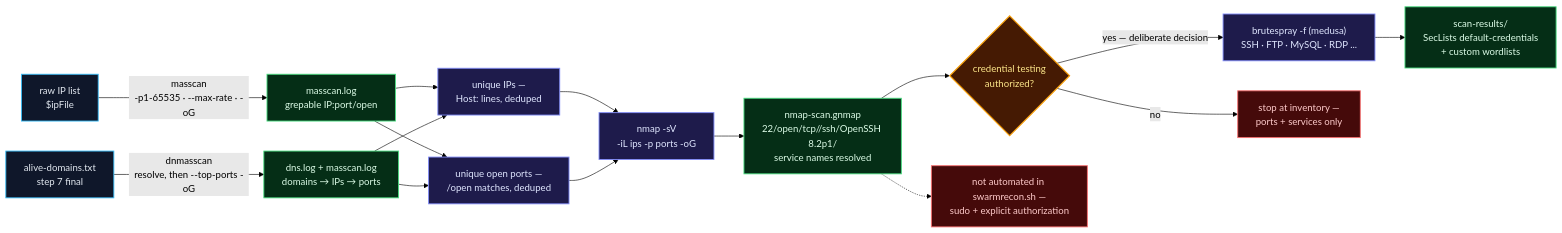
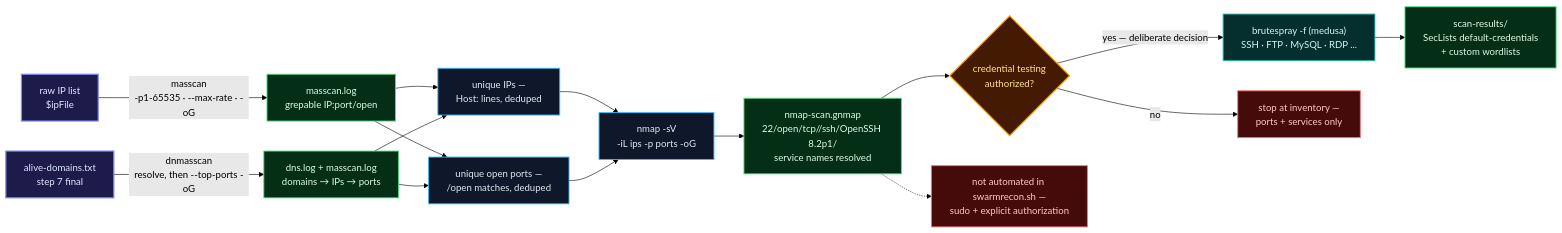
One commit to manojxshrestha/swarmrecon changed the first of 3 diagrams in README.md. Above: the diagram before and after it, drawn with Mermaid (forest theme). The commit also changed other lines of this file and 1 other file, not shown here.

Commit message:
fix: pre-guard rm for wappalyzer -oJ; docs: accurate fresh-run hygiene note, port-diagram palette + nmap-scan.gnmap

````diff
--- a/README.md
+++ b/README.md
@@ -171,31 +171,32 @@
 ```mermaid
 flowchart LR
-    classDef src fill:#0f172a,stroke:#38bdf8,stroke-width:1.5px,color:#e2e8f0
-    classDef tool fill:#1e1b4b,stroke:#818cf8,stroke-width:1.5px,color:#e0e7ff
+    classDef entry fill:#1e1b4b,stroke:#818cf8,stroke-width:2px,color:#e0e7ff
+    classDef phase fill:#0f172a,stroke:#38bdf8,stroke-width:1.5px,color:#e2e8f0
+    classDef decision fill:#451a03,stroke:#f59e0b,stroke-width:2px,color:#fde68a
+    classDef manual fill:#042f2e,stroke:#2dd4bf,stroke-width:1.5px,color:#ccfbf1
     classDef artifact fill:#052e16,stroke:#4ade80,stroke-width:1.5px,color:#dcfce7
-    classDef decision fill:#451a03,stroke:#f59e0b,stroke-width:2px,color:#fde68a
     classDef halt fill:#450a0a,stroke:#f87171,stroke-width:1.5px,color:#fecaca
 
-    IP["raw IP list<br/>$ipFile"]:::src
-    DOM["alive-domains.txt<br/>step 7 final"]:::src
+    IP["raw IP list<br/>$ipFile"]:::entry
+    DOM["alive-domains.txt<br/>step 7 final"]:::entry
 
     IP -->|"masscan<br/>-p1-65535 · --max-rate · -oG"| MS["masscan.log<br/>grepable IP:port/open"]:::artifact
     DOM -->|"dnmasscan<br/>resolve, then --top-ports -oG"| DN["dns.log + masscan.log<br/>domains → IPs → ports"]:::artifact
 
-    MS --> XIP["unique IPs —<br/>Host: lines, deduped"]:::tool
+    MS --> XIP["unique IPs —<br/>Host: lines, deduped"]:::phase
     DN --> XIP
-    MS --> XPT["unique open ports —<br/>/open matches, deduped"]:::tool
+    MS --> XPT["unique open ports —<br/>/open matches, deduped"]:::phase
     DN --> XPT
 
-    XIP --> NM["nmap -sV<br/>-iL ips -p ports -oG"]:::tool
+    XIP --> NM["nmap -sV<br/>-iL ips -p ports -oG"]:::phase
     XPT --> NM
     NM --> GN["nmap-scan.gnmap<br/>22/open/tcp//ssh/OpenSSH 8.2p1/<br/>service names resolved"]:::artifact
 
     GN --> AUTH{"credential testing<br/>authorized?"}:::decision
-    AUTH -->|"yes — deliberate decision"| BS["brutespray -f (medusa)<br/>SSH · FTP · MySQL · RDP ..."]:::tool
+    AUTH -->|"yes — deliberate decision"| BS["brutespray -f (medusa)<br/>SSH · FTP · MySQL · RDP ..."]:::manual
     AUTH -->|"no"| HOLD["stop at inventory —<br/>ports + services only"]:::halt
     BS --> RES["scan-results/<br/>SecLists default-credentials<br/>+ custom wordlists"]:::artifact
 
     NOTE["not automated in swarmrecon.sh —<br/>sudo + explicit authorization"]:::halt
     GN -.-> NOTE
 ```
````
